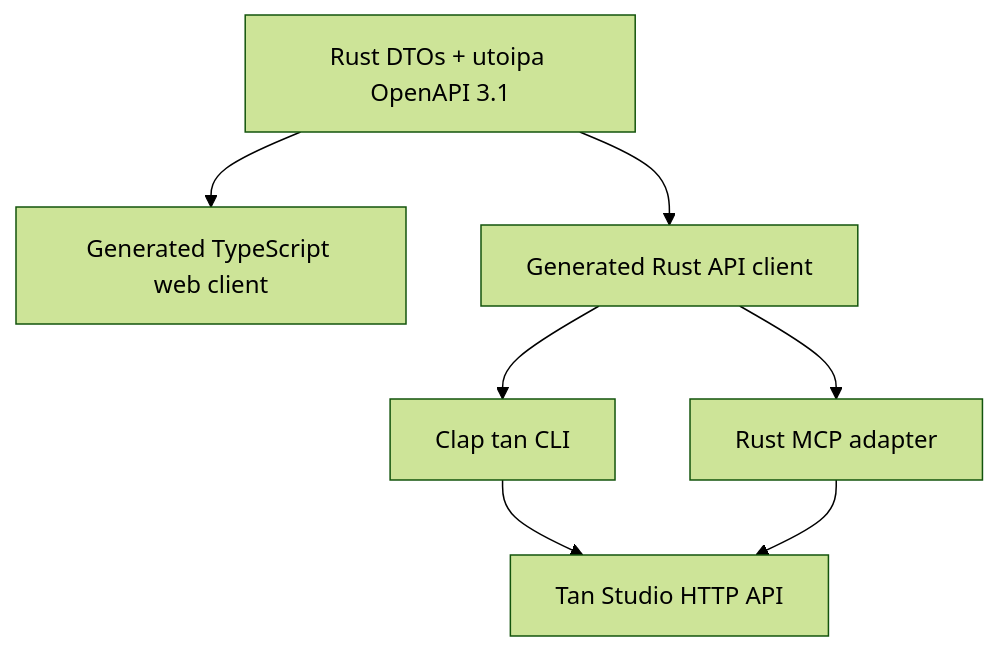
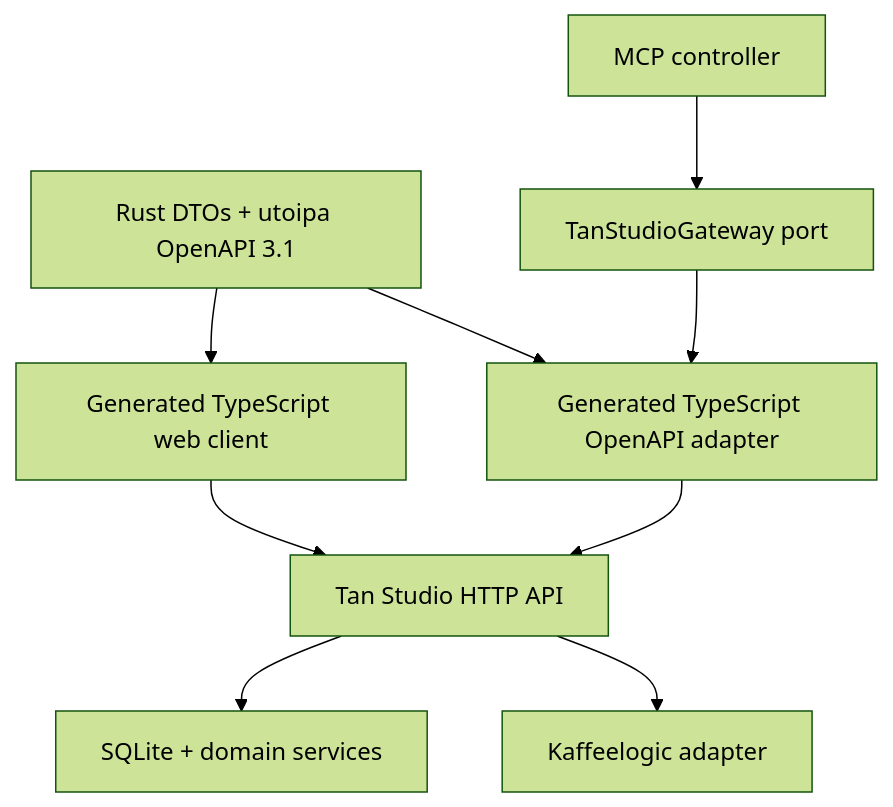
The second of 2 diagrams in docs/06-wireless-bridge-and-agent-interface.md (xavierroma/tan-studio), drawn with Mermaid (forest theme) before and after one commit. The commit also changed other lines of this file and 27 other files, not shown here.

````diff
--- a/docs/06-wireless-bridge-and-agent-interface.md
+++ b/docs/06-wireless-bridge-and-agent-interface.md
@@ -476,9 +475,11 @@
 ```mermaid
 flowchart TD
-    OA["Rust DTOs + utoipa OpenAPI 3.1"] --> TS["Generated TypeScript web client"]
-    OA --> RC["Generated Rust API client"]
-    RC --> CLI["Clap tan CLI"]
-    RC --> MS["Rust MCP adapter"]
-    CLI --> API["Tan Studio HTTP API"]
-    MS --> API
+    OA["Rust DTOs + utoipa OpenAPI 3.1"] --> WC["Generated TypeScript web client"]
+    OA --> MC["Generated TypeScript OpenAPI adapter"]
+    MS["MCP controller"] --> GP["TanStudioGateway port"]
+    GP --> MC
+    WC --> API["Tan Studio HTTP API"]
+    MC --> API
+    API --> DB["SQLite + domain services"]
+    API --> USB["Kaffeelogic adapter"]
 ```
````
